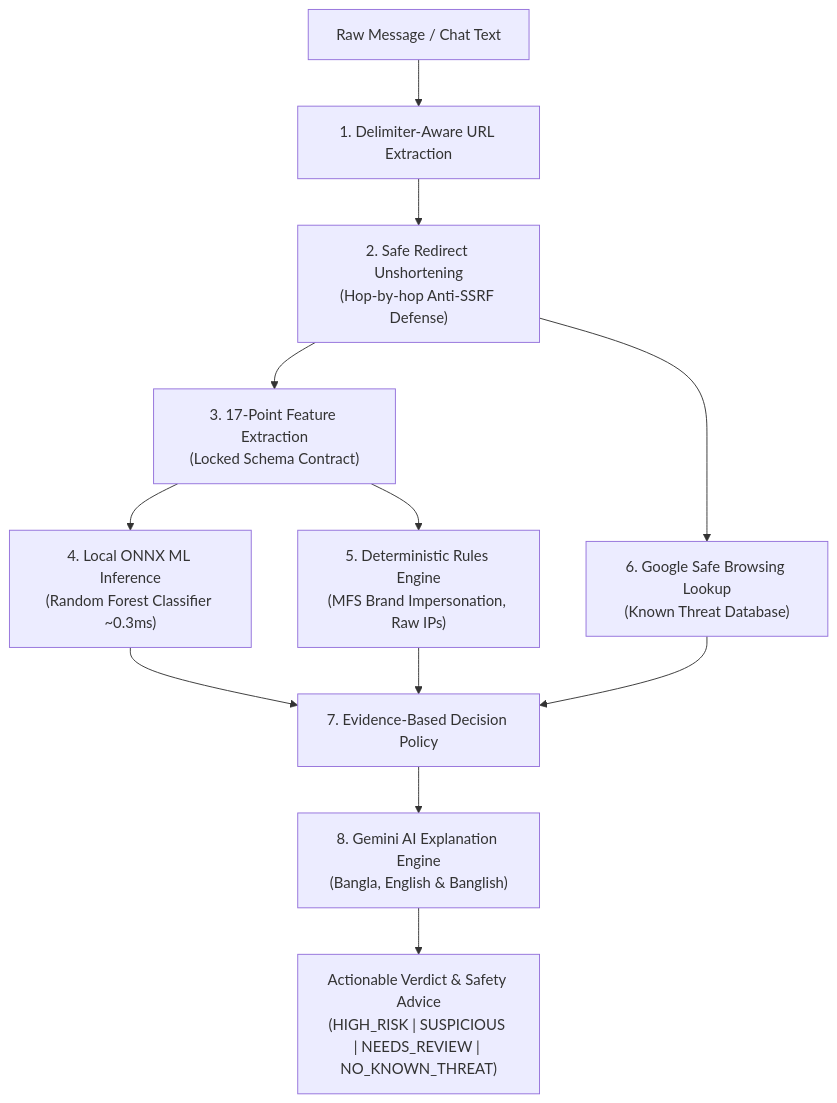
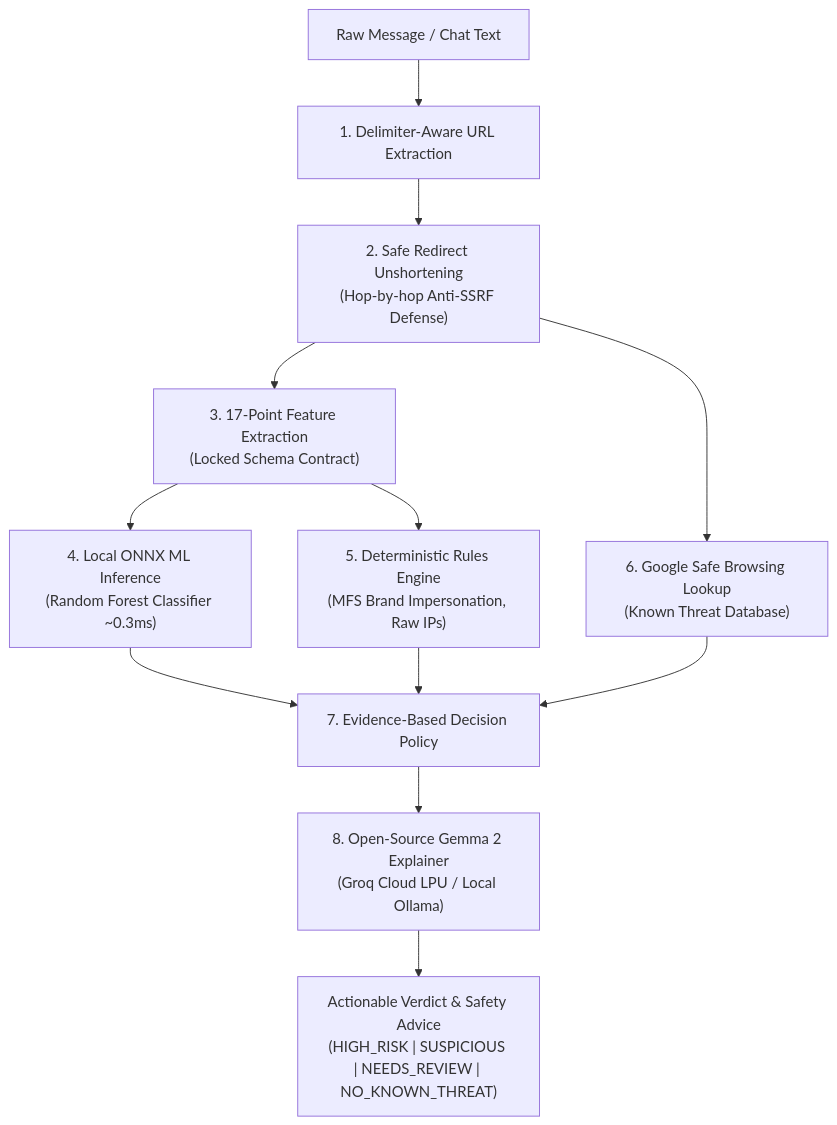
The diagram in README.md (Pranto210102/friend-shield), drawn with Mermaid before and after one commit. The commit also changed other lines of this file and 4 other files, not shown here.

Commit message:
feat: migrate to pure Open-Source Gemma 2 via Groq Cloud & Ollama, remove Gemini

````diff
--- a/README.md
+++ b/README.md
@@ -31,14 +32,14 @@
 ```mermaid
 flowchart TD
     A["Raw Message / Chat Text"] --> B["1. Delimiter-Aware URL Extraction"]
     B --> C["2. Safe Redirect Unshortening\n(Hop-by-hop Anti-SSRF Defense)"]
     C --> D["3. 17-Point Feature Extraction\n(Locked Schema Contract)"]
     D --> E["4. Local ONNX ML Inference\n(Random Forest Classifier ~0.3ms)"]
     D --> F["5. Deterministic Rules Engine\n(MFS Brand Impersonation, Raw IPs)"]
     C --> G["6. Google Safe Browsing Lookup\n(Known Threat Database)"]
     E --> H["7. Evidence-Based Decision Policy"]
     F --> H
     G --> H
-    H --> I["8. Gemini AI Explanation Engine\n(Bangla, English & Banglish)"]
+    H --> I["8. Open-Source Gemma 2 Explainer\n(Groq Cloud LPU / Local Ollama)"]
     I --> J["Actionable Verdict & Safety Advice\n(HIGH_RISK | SUSPICIOUS | NEEDS_REVIEW | NO_KNOWN_THREAT)"]
 ```
````
